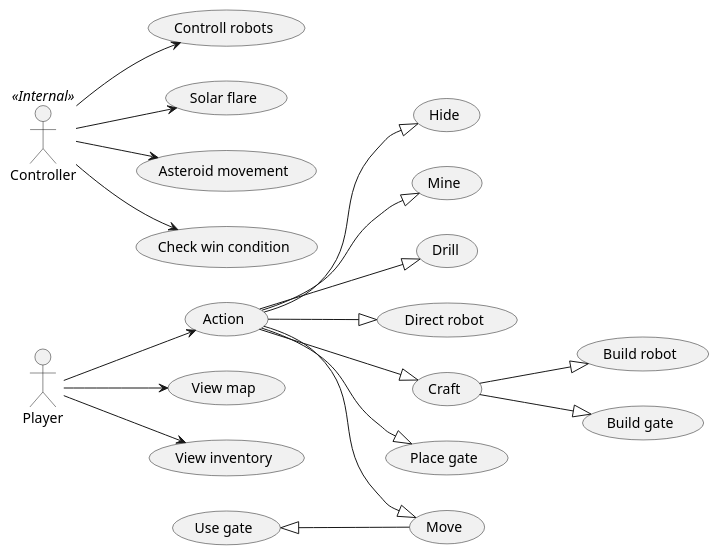
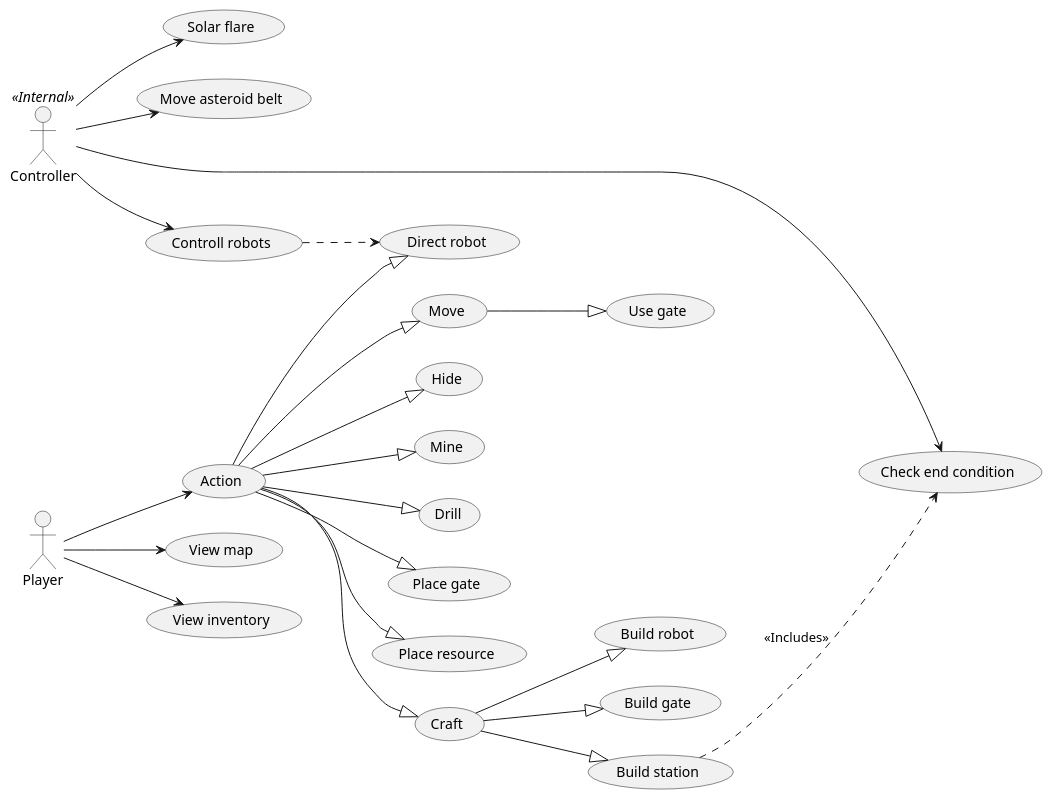
Before and after one commit to viseguard-studios/Documentation: the diagram in docs/1_Project/use-case.puml, drawn with PlantUML. The commit also changed other lines of this file, not shown here.

Commit message:
Update use cases

```diff
--- a/docs/1_Project/use-case.puml
+++ b/docs/1_Project/use-case.puml
@@ -1,61 +3,73 @@
 @startuml
 left to right direction
 
 actor Player as p
 
 actor Controller as c << Internal >>
 
 usecase "Action" as Action
 p --> Action
 
-usecase "Move" as UC1
-Action --|> UC1
+usecase "View map" as UC4
+p --> UC4
 
-usecase "Use gate" as UC14
-UC14 <|-- UC1
-
-usecase "Hide" as UC15
-Action --|> UC15
-
-usecase "Mine" as UC2
-Action --|> UC2
-
-usecase "Drill" as UC3
-Action --|> UC3
+usecase "View inventory" as UC12
+p --> UC12
 
 
+usecase "Move" as Move
+Action --|> Move
 
-usecase "Direct robot" as Direct
-Action --|> Direct
+usecase "Use gate" as Use_Gate
+Move --|> Use_Gate
+
+
+usecase "Hide" as Hide
+Action --|> Hide
+
+usecase "Mine" as Mine
+Action --|> Mine
+
+usecase "Drill" as Drill
+Action --|> Drill
+
+usecase "Place gate" as Place_Gate
+Action --|> Place_Gate
+
+usecase "Place resource" as Place_Resource
+Action --|> Place_Resource
+
+usecase "Direct robot" as Direct_Robot
+Action --|> Direct_Robot
 
 usecase "Craft" as Craft
 Action --|> Craft
 
 usecase "Build robot" as Build_Bot
 Craft --|> Build_Bot
 
-usecase "Build gate" as UC7
-Craft --|> UC7
+usecase "Build gate" as Build_Gate
+Craft --|> Build_Gate
 
-usecase "Place gate" as UC8
-Action --|> UC8
+usecase "Build station" as Build_Station
+Craft --|> Build_Station
 
-usecase "View map" as UC4
-p --> UC4
 
-usecase "View inventory" as UC12
-p --> UC12
+
+
 
 usecase "Controll robots" as UC5
 c --> UC5
+UC5 ..> Direct_Robot <<Depends>>
 
-usecase "Solar flare" as UC10
-c --> UC10
+usecase "Solar flare" as Solar_Flare
+c --> Solar_Flare
 
-usecase "Asteroid movement" as UC11
-c --> UC11
+usecase "Move asteroid belt" as Move_Belt
+c --> Move_Belt
 
-usecase "Check win condition" as UC13
-c --> UC13
+usecase "Check end condition" as End_condition
+c --> End_condition
+Build_Station ..> End_condition : <<Includes>>
 
 @enduml
```
